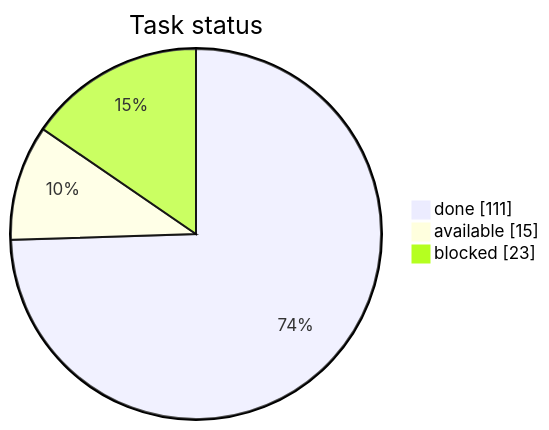
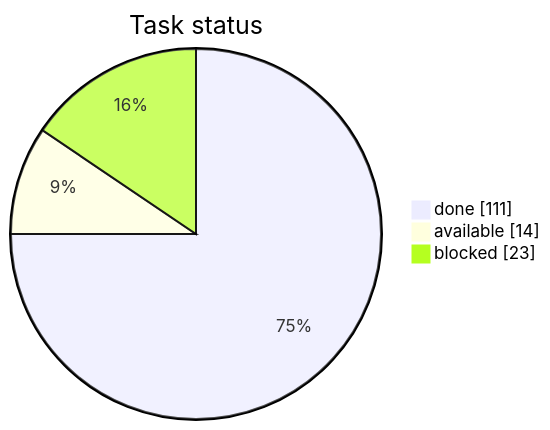
One commit to artemiiShabanov/RallyRivals changed the first of 3 diagrams in STATUS.md. Above: the diagram before and after it, drawn with Mermaid. The commit also changed other lines of this file and 15 other files, not shown here.

````diff
--- a/STATUS.md
+++ b/STATUS.md
@@ -7,7 +7,7 @@
 ```mermaid
 pie showData
     title Task status
     "done" : 111
-    "available" : 15
+    "available" : 14
     "blocked" : 23
 ```
````
